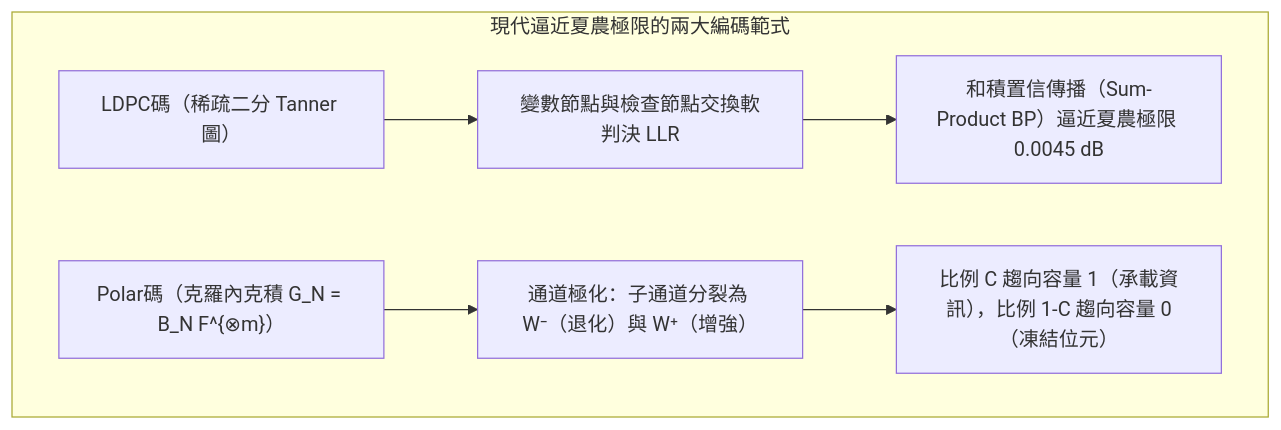
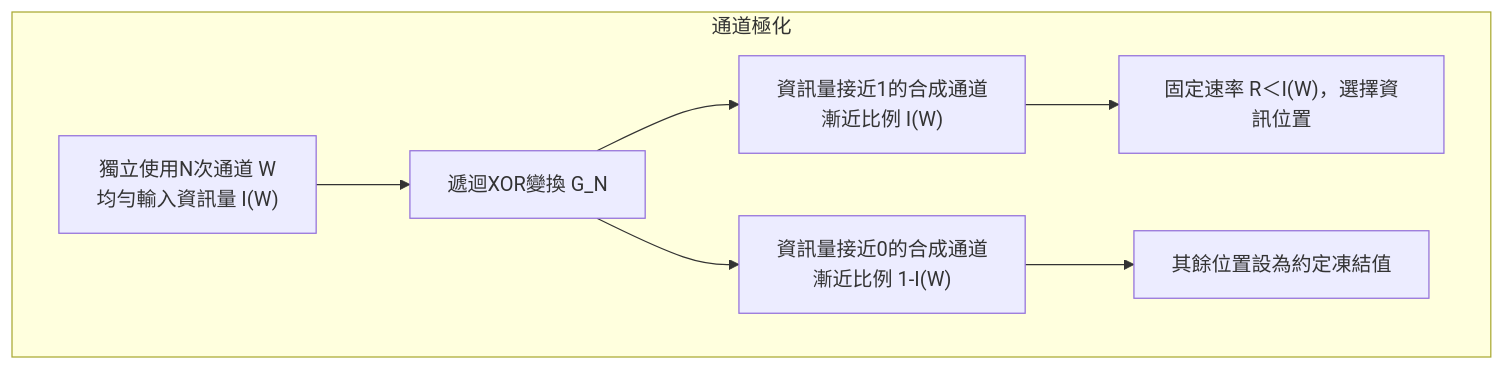
Before and after one commit to kenjinote/blog: the fourth of 4 diagrams in content/post/error-correcting-codes-hamming-reed-solomon-ldpc-shannon-capacity-information-theory/index.zh-tw.md, drawn with Mermaid. The commit also changed other lines of this file and 14 other files, not shown here.

````diff
--- a/content/post/error-correcting-codes-hamming-reed-solomon-ldpc-shannon-capacity-information-theory/index.zh-tw.md
+++ b/content/post/error-correcting-codes-hamming-reed-solomon-ldpc-shannon-capacity-information-theory/index.zh-tw.md
@@ -153,9 +508,10 @@
 ```mermaid
 flowchart TD
-    subgraph ModernECC["現代逼近夏農極限的兩大編碼範式"]
-        L1["LDPC碼（稀疏二分 Tanner 圖）"] --> L2["變數節點與檢查節點交換軟判決 LLR"]
-        L2 --> L3["和積置信傳播（Sum-Product BP）逼近夏農極限 0.0045 dB"]
-        P1["Polar碼（克羅內克積 G_N = B_N F^{⊗m}）"] --> P2["通道極化：子通道分裂為 W⁻（退化）與 W⁺（增強）"]
-        P2 --> P3["比例 C 趨向容量 1（承載資訊），比例 1-C 趨向容量 0（凍結位元）"]
+    subgraph Polar["通道極化"]
+        W["獨立使用N次通道 W<br/>均勻輸入資訊量 I(W)"] --> Kron["遞迴XOR變換 G_N"]
+        Kron --> Good["資訊量接近1的合成通道<br/>漸近比例 I(W)"]
+        Kron --> Bad["資訊量接近0的合成通道<br/>漸近比例 1-I(W)"]
+        Good --> Info["固定速率 R＜I(W)，選擇資訊位置"]
+        Bad --> Frozen["其餘位置設為約定凍結值"]
     end
 ```
````
